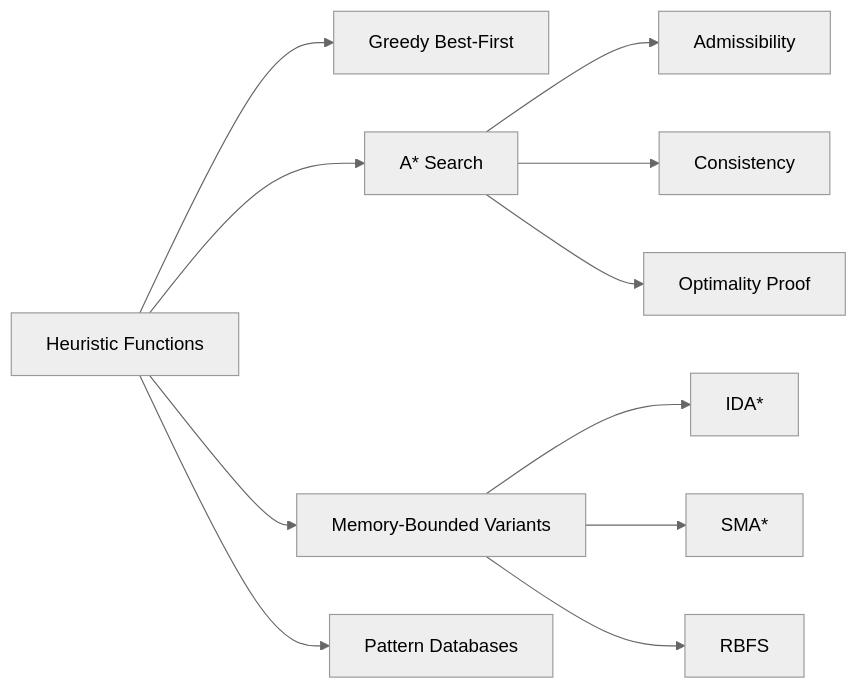
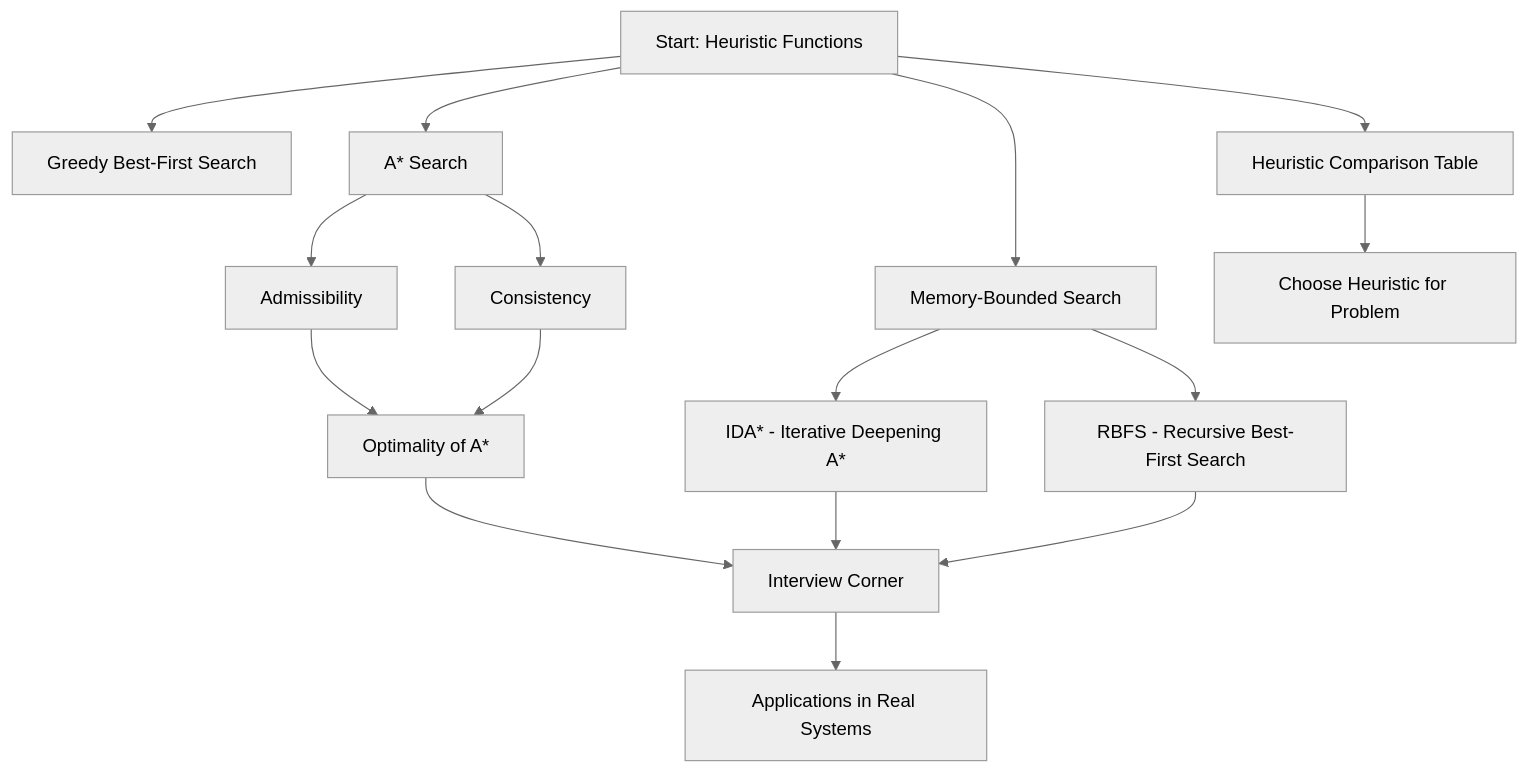
Before and after one commit to Raushan666java/ai-engineering-journey: the diagram in docs/courses/artificial-intelligence/03-informed-search.md, drawn with Mermaid (neutral theme). The commit also changed other lines of this file and 26 other files, not shown here.

````diff
--- a/docs/courses/artificial-intelligence/03-informed-search.md
+++ b/docs/courses/artificial-intelligence/03-informed-search.md
@@ -21,13 +44,18 @@
 ```mermaid
-flowchart LR
-    A[Heuristic Functions] --> B[Greedy Best-First]
+flowchart TD
+    A[Start: Heuristic Functions] --> B[Greedy Best-First Search]
     A --> C[A* Search]
     C --> D[Admissibility]
     C --> E[Consistency]
-    C --> F[Optimality Proof]
-    A --> G[Memory-Bounded Variants]
-    G --> H1[IDA*]
-    G --> H2[SMA*]
-    G --> H3[RBFS]
-    A --> I[Pattern Databases]
+    D --> F[Optimality of A*]
+    E --> F
+    A --> G[Memory-Bounded Search]
+    G --> H1[IDA* - Iterative Deepening A*]
+    G --> H2[RBFS - Recursive Best-First Search]
+    A --> I[Heuristic Comparison Table]
+    I --> J[Choose Heuristic for Problem]
+    F --> K[Interview Corner]
+    H1 --> K
+    H2 --> K
+    K --> L[Applications in Real Systems]
 ```
````
